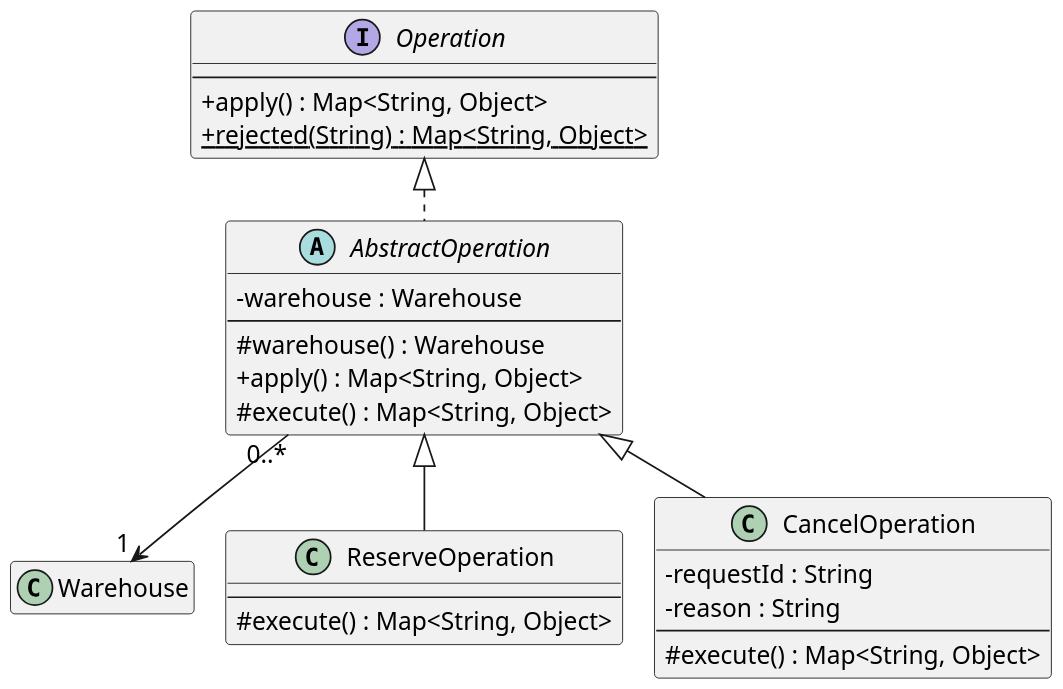
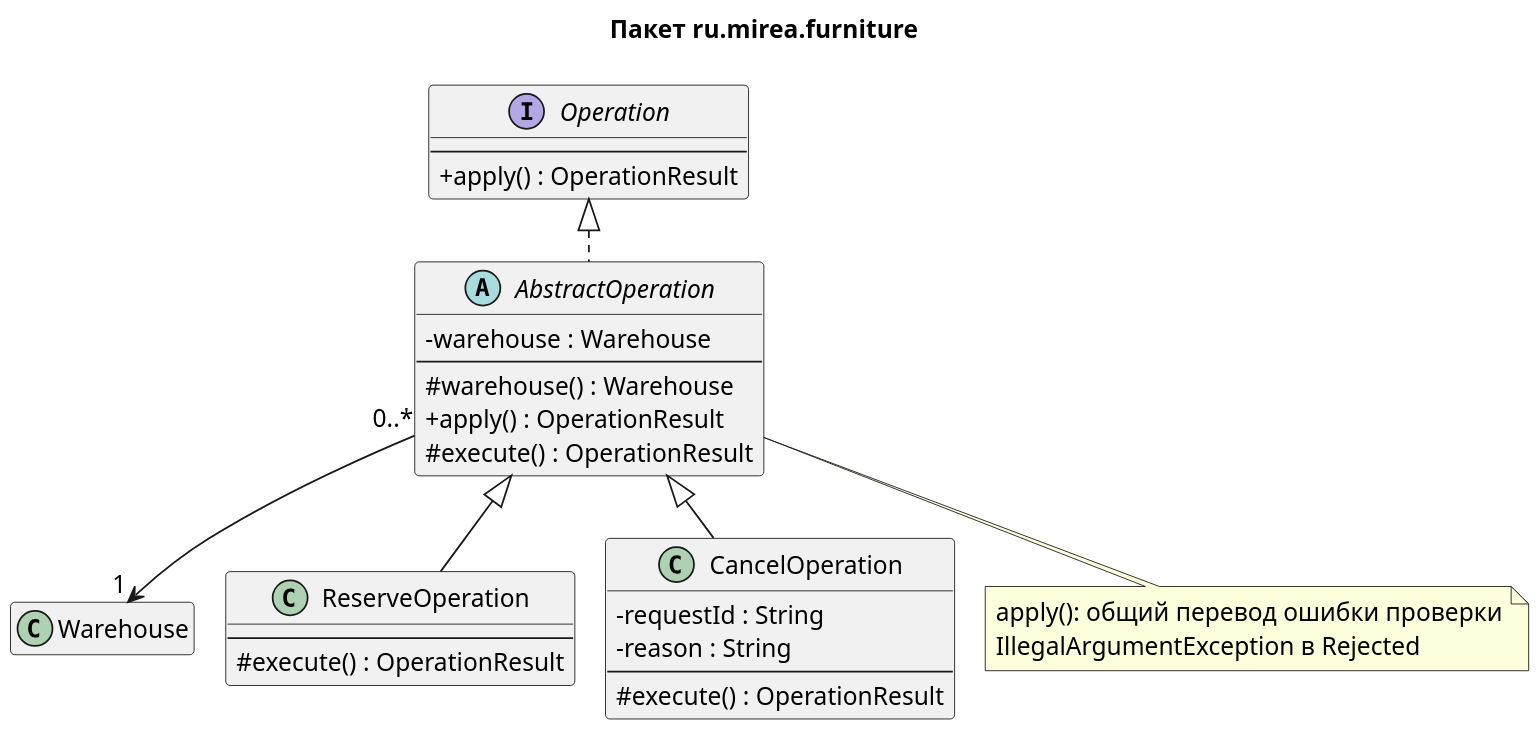
The diagram in models/classes_hierarchy.puml (iskanye/office-furniture), drawn with PlantUML before and after one commit. The commit also changed 6 other files, not shown here.

Commit message:
docs: обновить рецензию UML и отчет после исправлений

```diff
--- a/models/classes_hierarchy.puml
+++ b/models/classes_hierarchy.puml
@@ -1,55 +1,60 @@
 @startuml
 !pragma layout smetana
 skinparam dpi 160
 skinparam shadowing false
 skinparam classAttributeIconSize 0
 skinparam defaultFontName Arial
 skinparam defaultFontSize 14
 skinparam linetype ortho
 hide empty members
+title Пакет ru.mirea.furniture
 class Warehouse {
   -customers : Map<String, Customer>
   -products : Map<String, Product>
   -stocks : Map<String, Stock>
   -reservations : List<Reservation>
   -request : Request
   --
   +customers() : Map<String, Customer>
   +products() : Map<String, Product>
   +stocks() : Map<String, Stock>
   +reservations() : List<Reservation>
   +request() : Request
-  +checkAvailability(List<RequestLine>) : List<Map<String, Object>>
+  +checkAvailability(List<RequestLine>) : List<Shortage>
   +hasReservation() : boolean
-  +reserveAll(List<RequestLine>) : Map<String, Object>
-  +cancel(String, String) : Map<String, Object>
+  +reserveAll() : OperationResult
+  +cancel(String, String) : OperationResult
 }
 interface Operation {
   --
-  +apply() : Map<String, Object>
-  +{static} rejected(String) : Map<String, Object>
+  +apply() : OperationResult
 }
 abstract class AbstractOperation {
   -warehouse : Warehouse
   --
   #warehouse() : Warehouse
-  +apply() : Map<String, Object>
-  #execute() : Map<String, Object>
+  +apply() : OperationResult
+  #execute() : OperationResult
 }
 class ReserveOperation {
   --
-  #execute() : Map<String, Object>
+  #execute() : OperationResult
 }
 class CancelOperation {
   -requestId : String
   -reason : String
   --
-  #execute() : Map<String, Object>
+  #execute() : OperationResult
 }
 Operation <|.. AbstractOperation
 AbstractOperation <|-- ReserveOperation
 AbstractOperation <|-- CancelOperation
 AbstractOperation "0..*" --> "1" Warehouse
 
 hide Warehouse members
+note bottom of AbstractOperation
+  apply(): общий перевод ошибки проверки
+  IllegalArgumentException в Rejected
+end note
+
 @enduml
```
